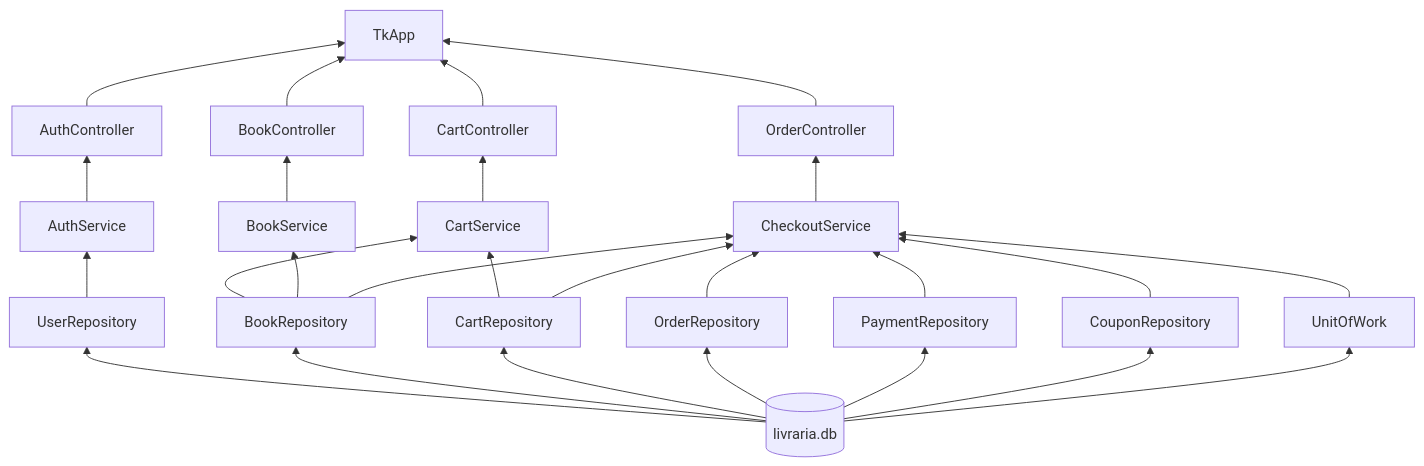
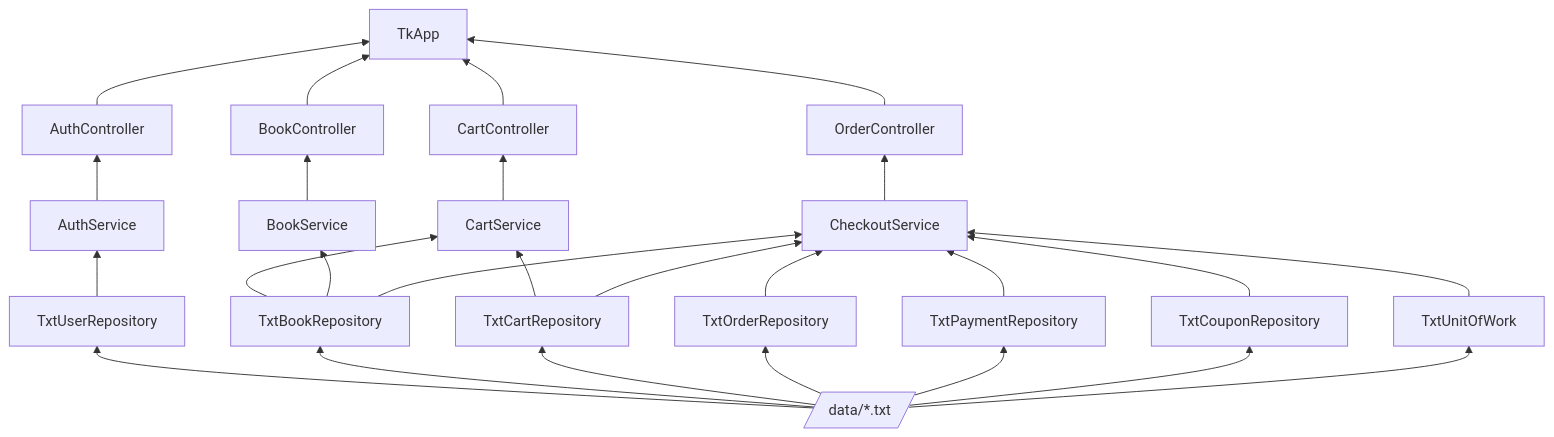
The second of 3 diagrams in README.md (lfreires/Lab_Engenharia_Soft_3), drawn with Mermaid before and after one commit. The commit also changed other lines of this file and 35 other files, not shown here.

````diff
--- a/README.md
+++ b/README.md
@@ -110,20 +91,20 @@
 ```mermaid
 graph BT
-    DB[(livraria.db)]
-    DB --> UR[UserRepository]
-    DB --> BR[BookRepository]
-    DB --> CR[CartRepository]
-    DB --> ORR[OrderRepository]
-    DB --> PRR[PaymentRepository]
-    DB --> CPR[CouponRepository]
-    DB --> UOW[UnitOfWork]
+    D[/"data/*.txt"/]
+    D --> UR[TxtUserRepository]
+    D --> BR[TxtBookRepository]
+    D --> CR[TxtCartRepository]
+    D --> ORR[TxtOrderRepository]
+    D --> PRR[TxtPaymentRepository]
+    D --> CPR[TxtCouponRepository]
+    D --> UOW[TxtUnitOfWork]
     UR --> AS[AuthService]
     BR & CR --> CS[CartService]
     BR --> BS[BookService]
     ORR & PRR & CPR & BR & CR & UOW --> CKS[CheckoutService]
     AS --> AC[AuthController]
     BS --> BC[BookController]
     CS --> CC[CartController]
     CKS --> OC[OrderController]
     AC & BC & CC & OC --> V[TkApp]
 ```
````
